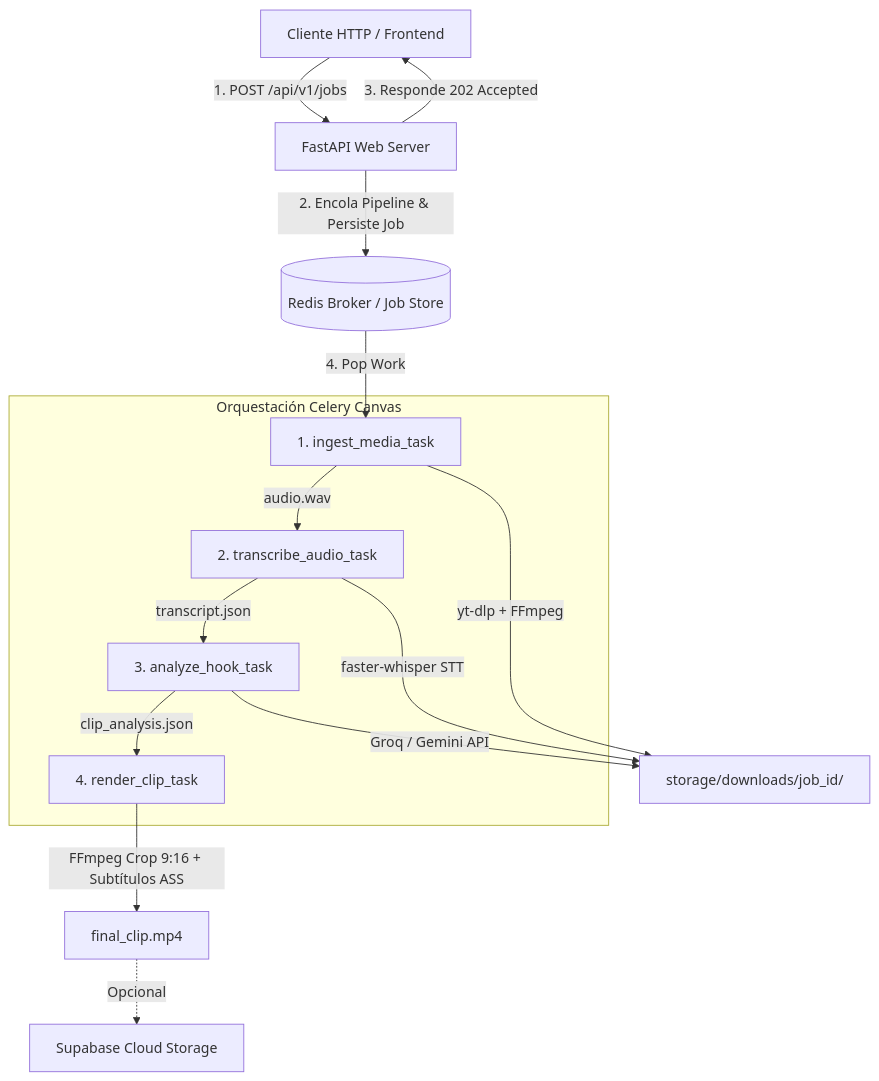
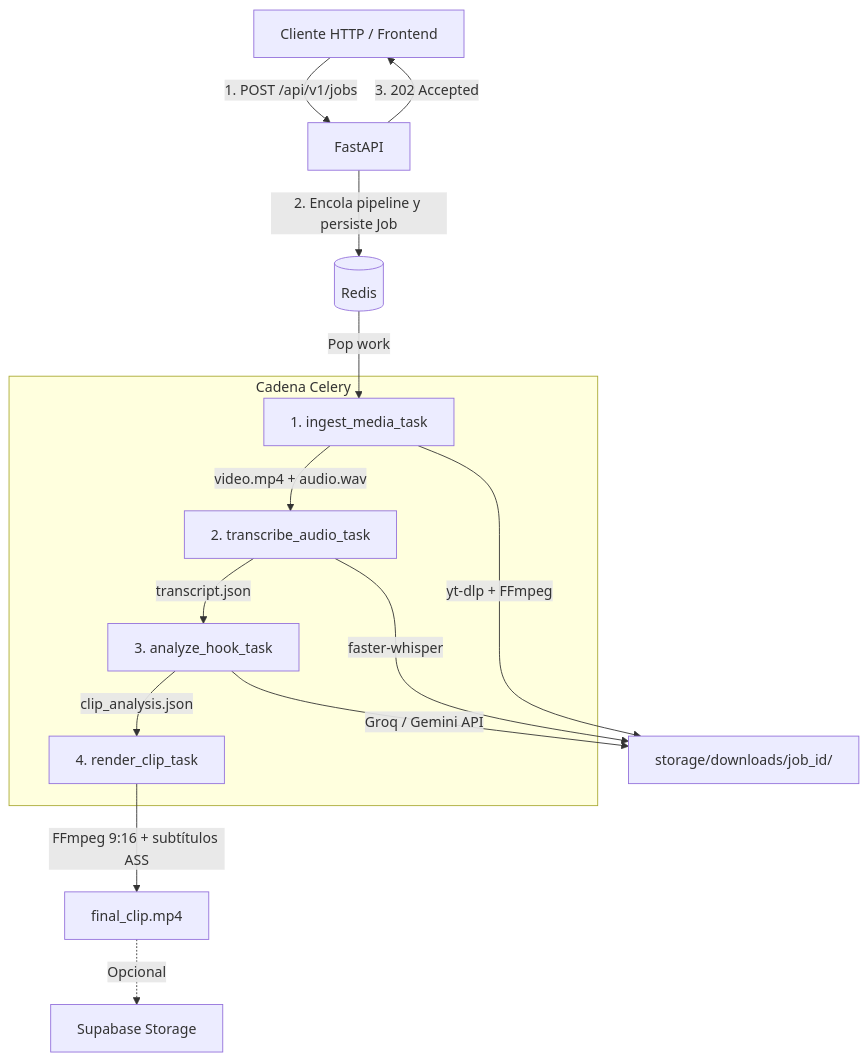
Before and after one commit to apugliano-git/AI-Video-Pipeline: the diagram in README.md, drawn with Mermaid. The commit also changed other lines of this file and 10 other files, not shown here.

Commit message:
fix: audio sync, code quality pass — fix httpx leak, streaming upload, gemini model ID, pipeline rename, expand test coverage to 19 tests, rewrite README

````diff
--- a/README.md
+++ b/README.md
@@ -11,20 +13,19 @@
 ```mermaid
 flowchart TD
-    Client[Cliente HTTP / Frontend] -->|1. POST /api/v1/jobs| API[FastAPI Web Server]
-    API -->|2. Encola Pipeline & Persiste Job| Redis[(Redis Broker / Job Store)]
-    API -->|3. Responde 202 Accepted| Client
+    Client[Cliente HTTP / Frontend] -->|1. POST /api/v1/jobs| API[FastAPI]
+    API -->|2. Encola pipeline y persiste Job| Redis[(Redis)]
+    API -->|3. 202 Accepted| Client
 
-    subgraph CeleryPipeline [Orquestación Celery Canvas]
-        Task1[1. ingest_media_task] -->|audio.wav| Task2[2. transcribe_audio_task]
-        Task2 -->|transcript.json| Task3[3. analyze_hook_task]
-        Task3 -->|clip_analysis.json| Task4[4. render_clip_task]
+    subgraph Pipeline [Cadena Celery]
+        T1[1. ingest_media_task] -->|video.mp4 + audio.wav| T2[2. transcribe_audio_task]
+        T2 -->|transcript.json| T3[3. analyze_hook_task]
+        T3 -->|clip_analysis.json| T4[4. render_clip_task]
     end
 
-    Redis -->|4. Pop Work| Task1
-    Task1 -->|yt-dlp + FFmpeg| Storage[storage/downloads/job_id/]
-    Task2 -->|faster-whisper STT| Storage
-    Task3 -->|Groq / Gemini API| Storage
-    Task4 -->|FFmpeg Crop 9:16 + Subtítulos ASS| FinalClip[final_clip.mp4]
-
-    FinalClip -.->|Opcional| Supabase[Supabase Cloud Storage]
+    Redis -->|Pop work| T1
+    T1 -->|yt-dlp + FFmpeg| Storage[storage/downloads/job_id/]
+    T2 -->|faster-whisper| Storage
+    T3 -->|Groq / Gemini API| Storage
+    T4 -->|FFmpeg 9:16 + subtítulos ASS| FinalClip[final_clip.mp4]
+    FinalClip -.->|Opcional| Supabase[Supabase Storage]
 ```
````
